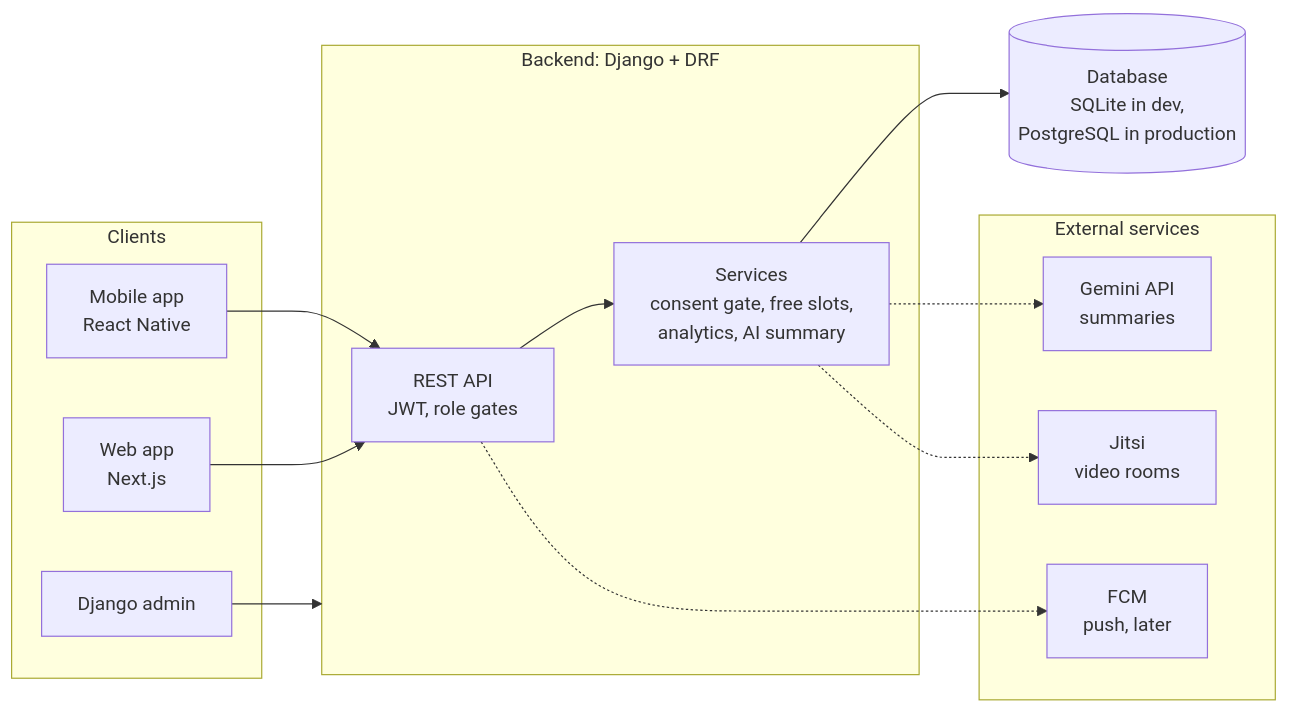
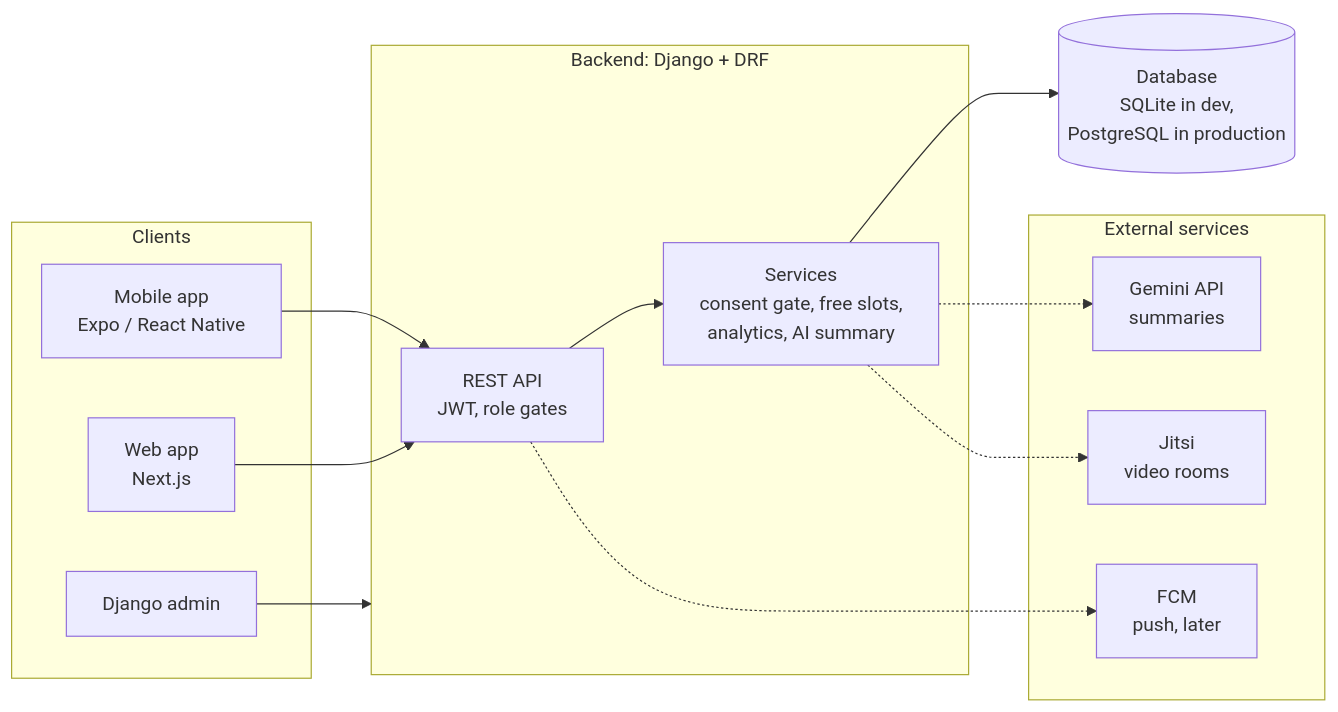
Before and after one commit to meriemchebab/Rahati: the first of 9 diagrams in README.md, drawn with Mermaid. The commit also changed other lines of this file, not shown here.

First line of the commit message:
docs(readme): add the mobile app

````diff
--- a/README.md
+++ b/README.md
@@ -283,26 +300,26 @@
 ```mermaid
 flowchart LR
   subgraph Clients
-    M["Mobile app<br/>React Native"]
+    M["Mobile app<br/>Expo / React Native"]
     W["Web app<br/>Next.js"]
     A["Django admin"]
   end
   subgraph Backend["Backend: Django + DRF"]
     API["REST API<br/>JWT, role gates"]
     SVC["Services<br/>consent gate, free slots,<br/>analytics, AI summary"]
   end
   DB[("Database<br/>SQLite in dev,<br/>PostgreSQL in production")]
   subgraph External["External services"]
     G["Gemini API<br/>summaries"]
     J["Jitsi<br/>video rooms"]
     F["FCM<br/>push, later"]
   end
   M --> API
   W --> API
   A --> Backend
   API --> SVC
   SVC --> DB
   SVC -.-> G
   SVC -.-> J
   API -.-> F
 ```
````
